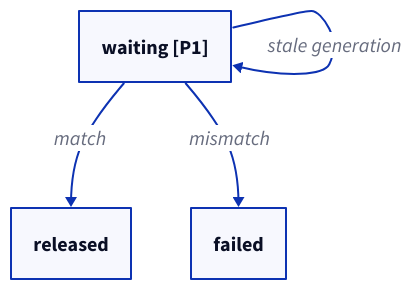
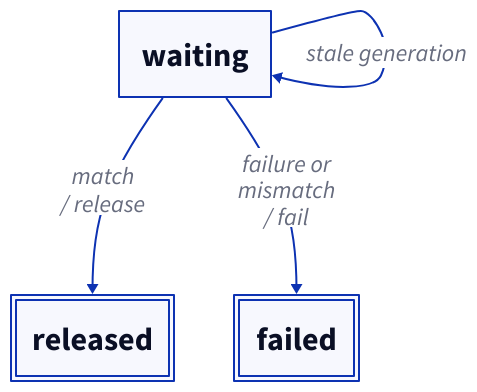
Before and after one commit to rei277hz/chromaticity: the diagram in products/perceptual-grade-book/docs/book/diagrams/08-render-preflight.d2, drawn with D2. The commit also changed 266 other files, not shown here.

```diff
--- a/products/perceptual-grade-book/docs/book/diagrams/08-render-preflight.d2
+++ b/products/perceptual-grade-book/docs/book/diagrams/08-render-preflight.d2
@@ -1,9 +1,15 @@
 direction: down
-waiting: "waiting [P1]"
+waiting: "waiting"
+released: "released" {
+  style.double-border: true
+}
+failed: "failed" {
+  style.double-border: true
+}
 
-waiting -> released: "match"
-waiting -> failed: "mismatch"
+waiting -> released: "match\n/ release"
+waiting -> failed: "failure or\nmismatch\n/ fail"
 waiting -> waiting: "stale generation"
 
-**.style.font-size: 20
-(** -> **)[*].style.font-size: 20
+**.style.font-size: 32
+(** -> **)[*].style.font-size: 24
```
